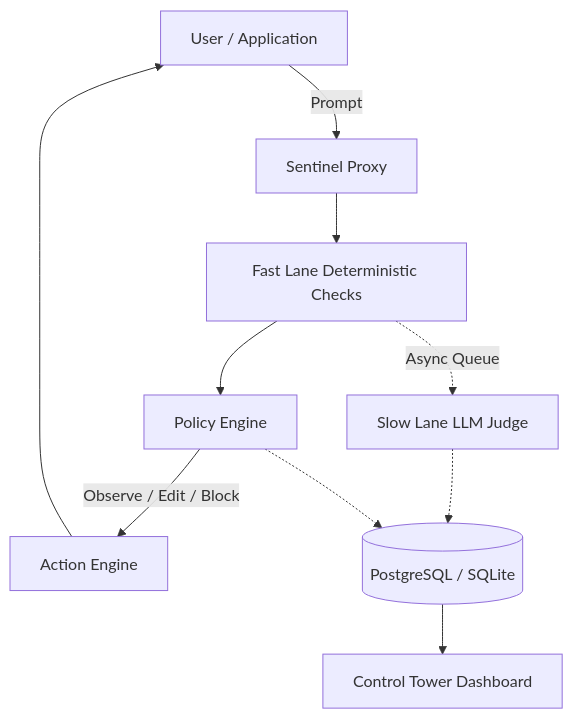
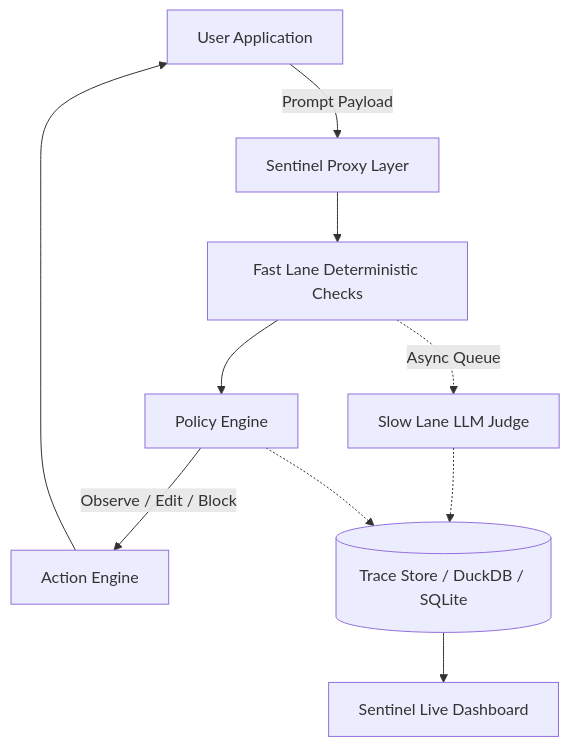
Before and after one commit to Mayank-iitj/Sentinel-MVP: the diagram in README.md, drawn with Mermaid. The commit also changed other lines of this file, not shown here.

````diff
--- a/README.md
+++ b/README.md
@@ -9,12 +47,14 @@
 ```mermaid
 graph TD
-    APP[User / Application] -->|Prompt| PROXY[Sentinel Proxy]
+    APP[User Application] -->|Prompt Payload| PROXY[Sentinel Proxy Layer]
     PROXY --> FAST[Fast Lane Deterministic Checks]
     FAST --> POLICY[Policy Engine]
     POLICY -->|Observe / Edit / Block| ACTION[Action Engine]
     ACTION --> APP
+    
     FAST -.->|Async Queue| SLOW[Slow Lane LLM Judge]
-    SLOW -.-> DB[(PostgreSQL / SQLite)]
+    SLOW -.-> DB[(Trace Store / DuckDB / SQLite)]
     POLICY -.-> DB
-    DB --> DASH[Control Tower Dashboard]
+    
+    DB --> DASH[Sentinel Live Dashboard]
 ```
````
